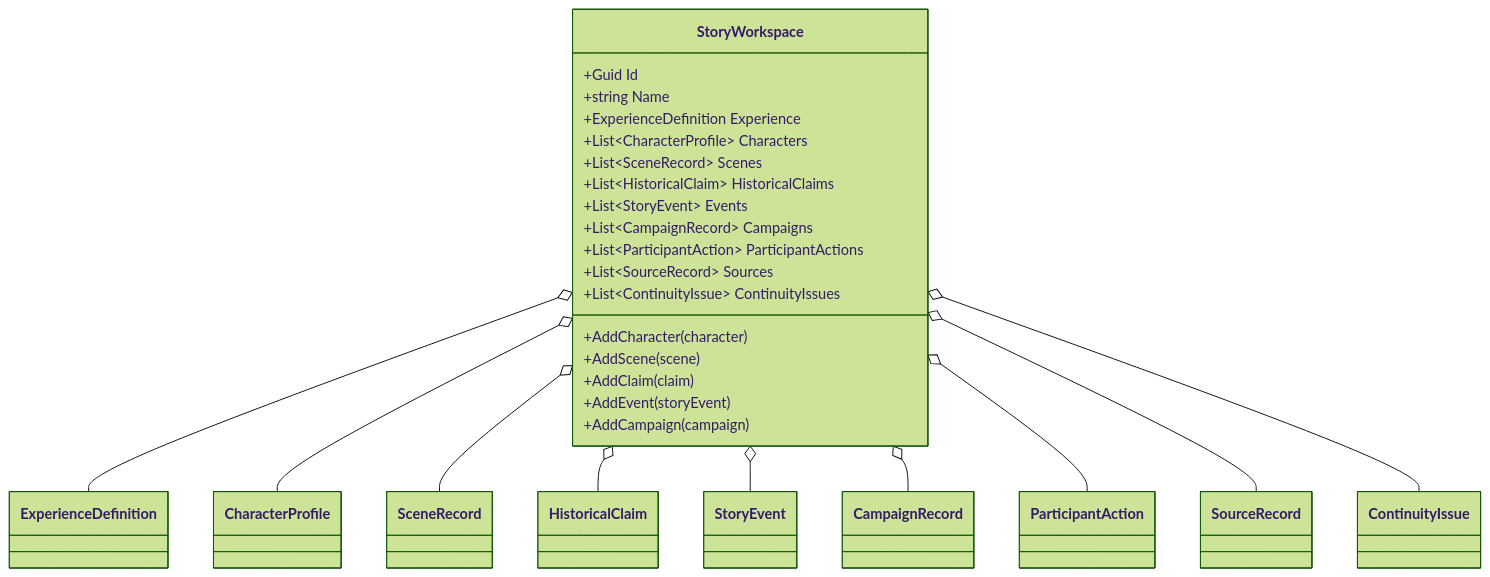
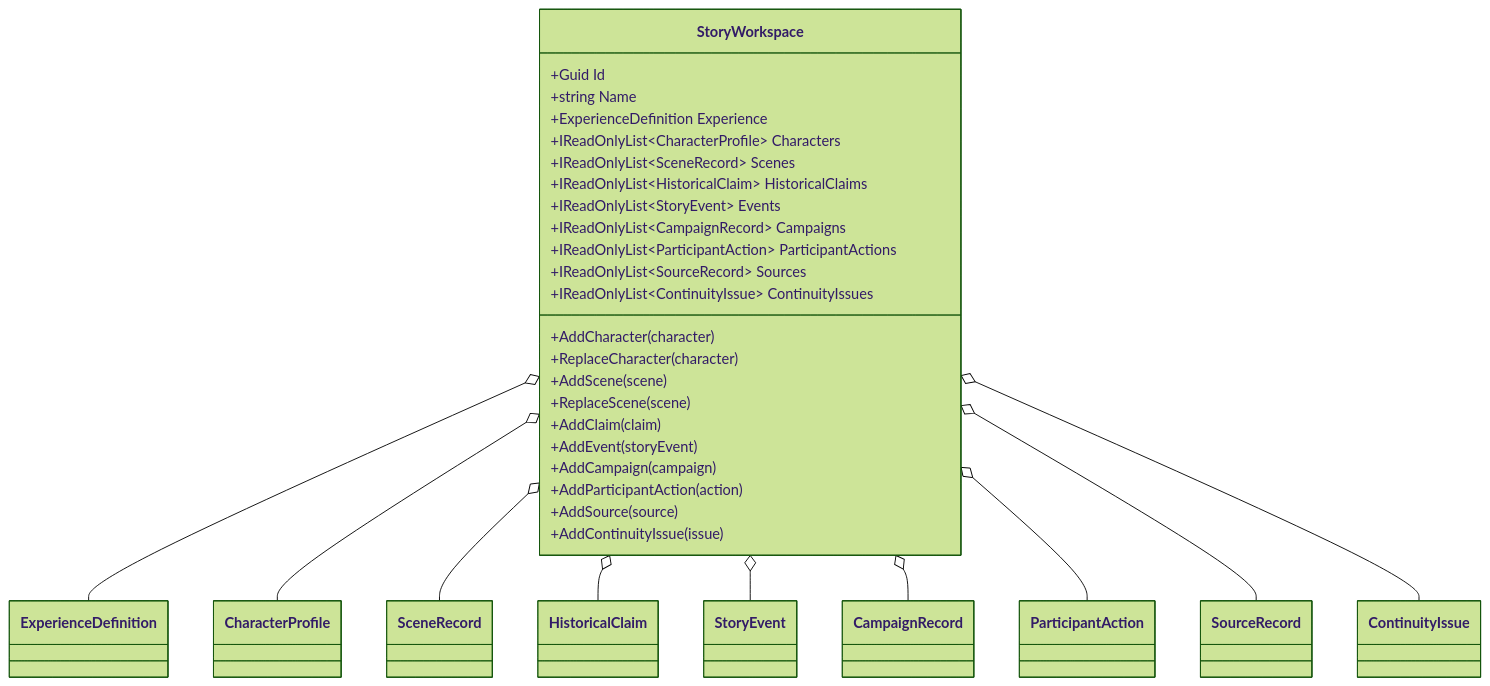
The diagram in docs/UML/StoryWorkspaceUML.md (TrentBest/StoryBuilder), drawn with Mermaid (forest theme) before and after one commit. The commit also changed other lines of this file, not shown here.

Commit message:
Align workspace UML with read-only collections and edit methods

````diff
--- a/docs/UML/StoryWorkspaceUML.md
+++ b/docs/UML/StoryWorkspaceUML.md
@@ -5,30 +5,35 @@
 ```mermaid
 classDiagram
 class StoryWorkspace {
   +Guid Id
   +string Name
   +ExperienceDefinition Experience
-  +List~CharacterProfile~ Characters
-  +List~SceneRecord~ Scenes
-  +List~HistoricalClaim~ HistoricalClaims
-  +List~StoryEvent~ Events
-  +List~CampaignRecord~ Campaigns
-  +List~ParticipantAction~ ParticipantActions
-  +List~SourceRecord~ Sources
-  +List~ContinuityIssue~ ContinuityIssues
+  +IReadOnlyList~CharacterProfile~ Characters
+  +IReadOnlyList~SceneRecord~ Scenes
+  +IReadOnlyList~HistoricalClaim~ HistoricalClaims
+  +IReadOnlyList~StoryEvent~ Events
+  +IReadOnlyList~CampaignRecord~ Campaigns
+  +IReadOnlyList~ParticipantAction~ ParticipantActions
+  +IReadOnlyList~SourceRecord~ Sources
+  +IReadOnlyList~ContinuityIssue~ ContinuityIssues
   +AddCharacter(character)
+  +ReplaceCharacter(character)
   +AddScene(scene)
+  +ReplaceScene(scene)
   +AddClaim(claim)
   +AddEvent(storyEvent)
   +AddCampaign(campaign)
+  +AddParticipantAction(action)
+  +AddSource(source)
+  +AddContinuityIssue(issue)
 }
 StoryWorkspace o-- ExperienceDefinition
 StoryWorkspace o-- CharacterProfile
 StoryWorkspace o-- SceneRecord
 StoryWorkspace o-- HistoricalClaim
 StoryWorkspace o-- StoryEvent
 StoryWorkspace o-- CampaignRecord
 StoryWorkspace o-- ParticipantAction
 StoryWorkspace o-- SourceRecord
 StoryWorkspace o-- ContinuityIssue
 ```
````
